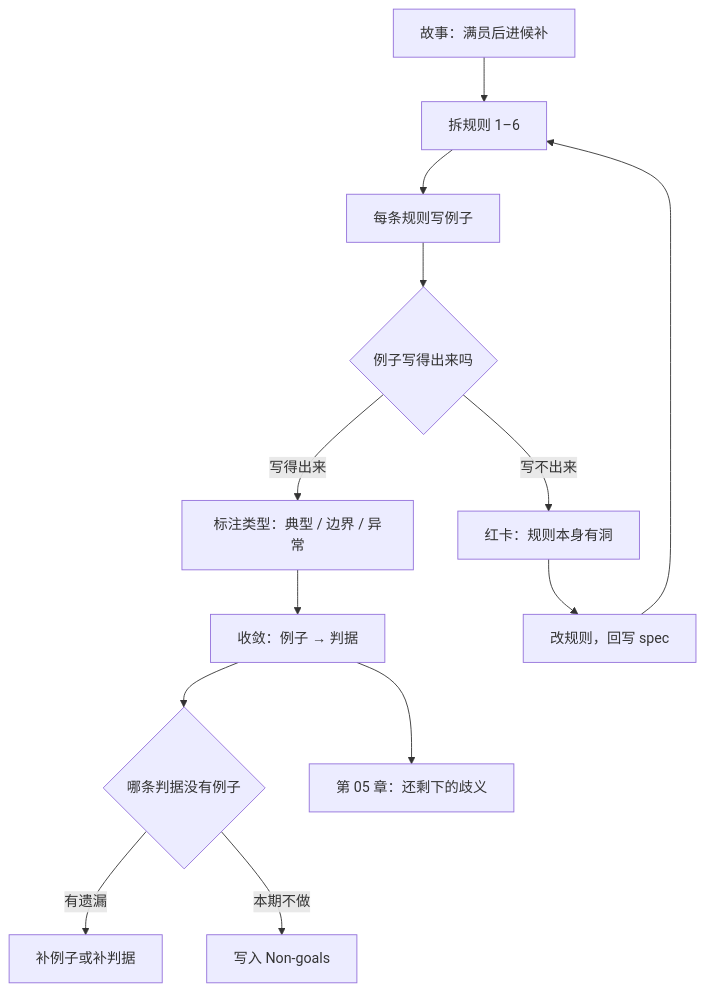
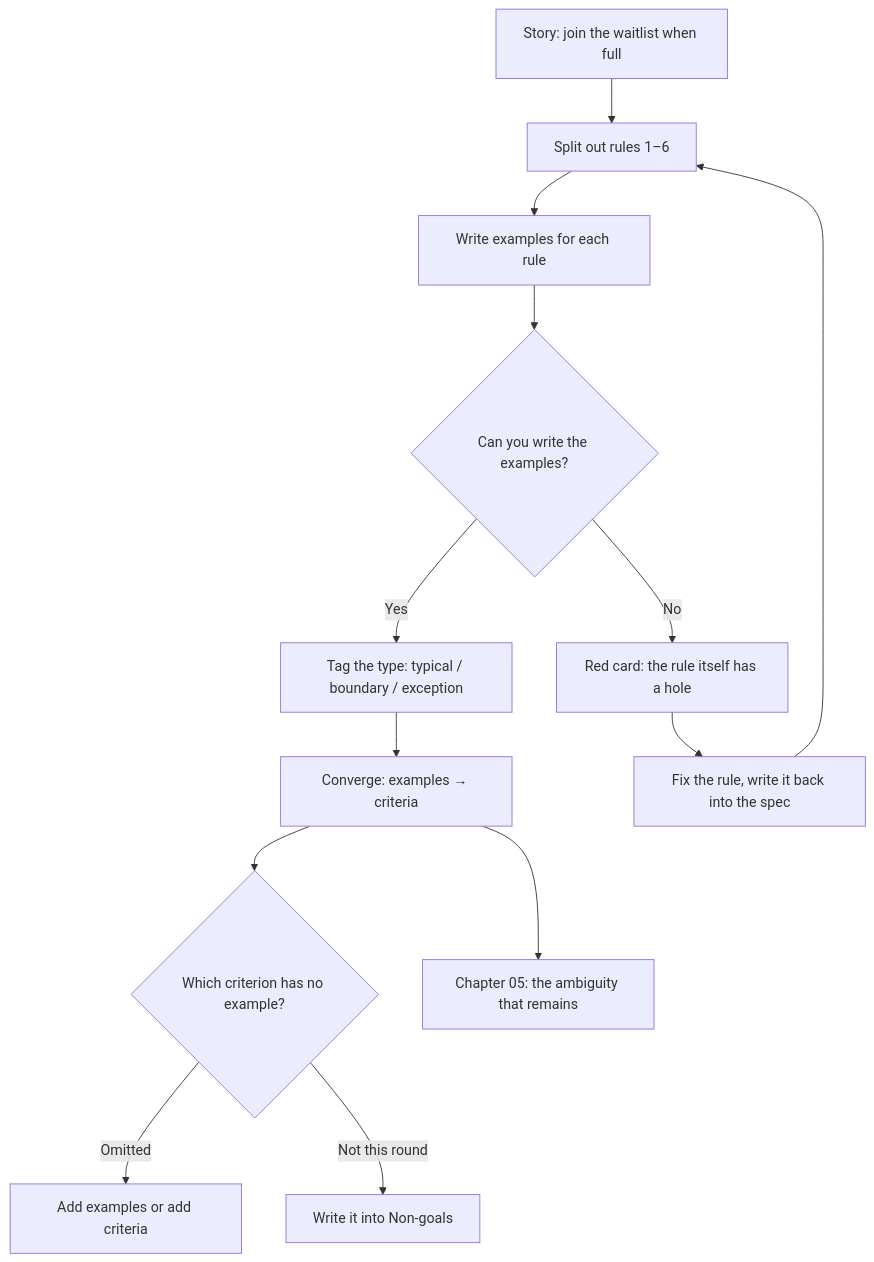
Before and after one commit to xzlxiao/vibe-coding-textbook: the second of 2 diagrams in phase2/chapters/ch04-examples.md, drawn with Mermaid. The commit also changed other lines of this file and 15 other files, not shown here.

````diff
--- a/phase2/chapters/ch04-examples.md
+++ b/phase2/chapters/ch04-examples.md
@@ -213,15 +213,15 @@
 ```mermaid
 flowchart TD
-    A["故事：满员后进候补"] --> B["拆规则 1–6"]
-    B --> C["每条规则写例子"]
-    C --> D{"例子写得出来吗"}
-    D -->|"写得出来"| E["标注类型：典型 / 边界 / 异常"]
-    D -->|"写不出来"| F["红卡：规则本身有洞"]
-    F --> G["改规则，回写 spec"]
+    A["Story: join the waitlist when full"] --> B["Split out rules 1–6"]
+    B --> C["Write examples for each rule"]
+    C --> D{"Can you write the examples?"}
+    D -->|"Yes"| E["Tag the type: typical / boundary / exception"]
+    D -->|"No"| F["Red card: the rule itself has a hole"]
+    F --> G["Fix the rule, write it back into the spec"]
     G --> B
-    E --> H["收敛：例子 → 判据"]
-    H --> I{"哪条判据没有例子"}
-    I -->|"有遗漏"| J["补例子或补判据"]
-    I -->|"本期不做"| K["写入 Non-goals"]
-    H --> L["第 05 章：还剩下的歧义"]
+    E --> H["Converge: examples → criteria"]
+    H --> I{"Which criterion has no example?"}
+    I -->|"Omitted"| J["Add examples or add criteria"]
+    I -->|"Not this round"| K["Write it into Non-goals"]
+    H --> L["Chapter 05: the ambiguity that remains"]
 ```
````
